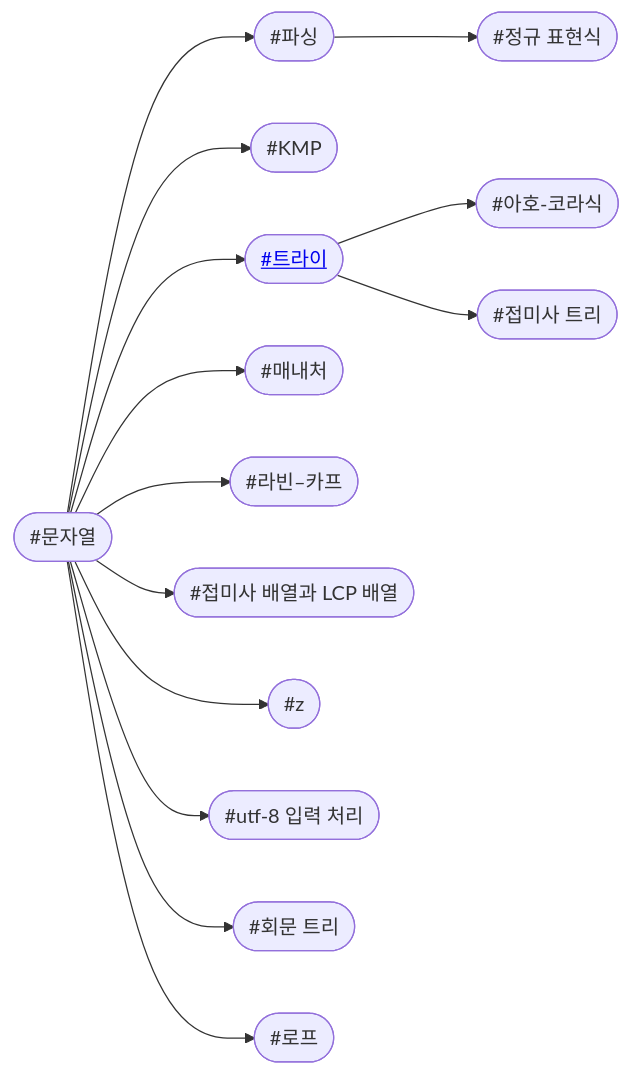
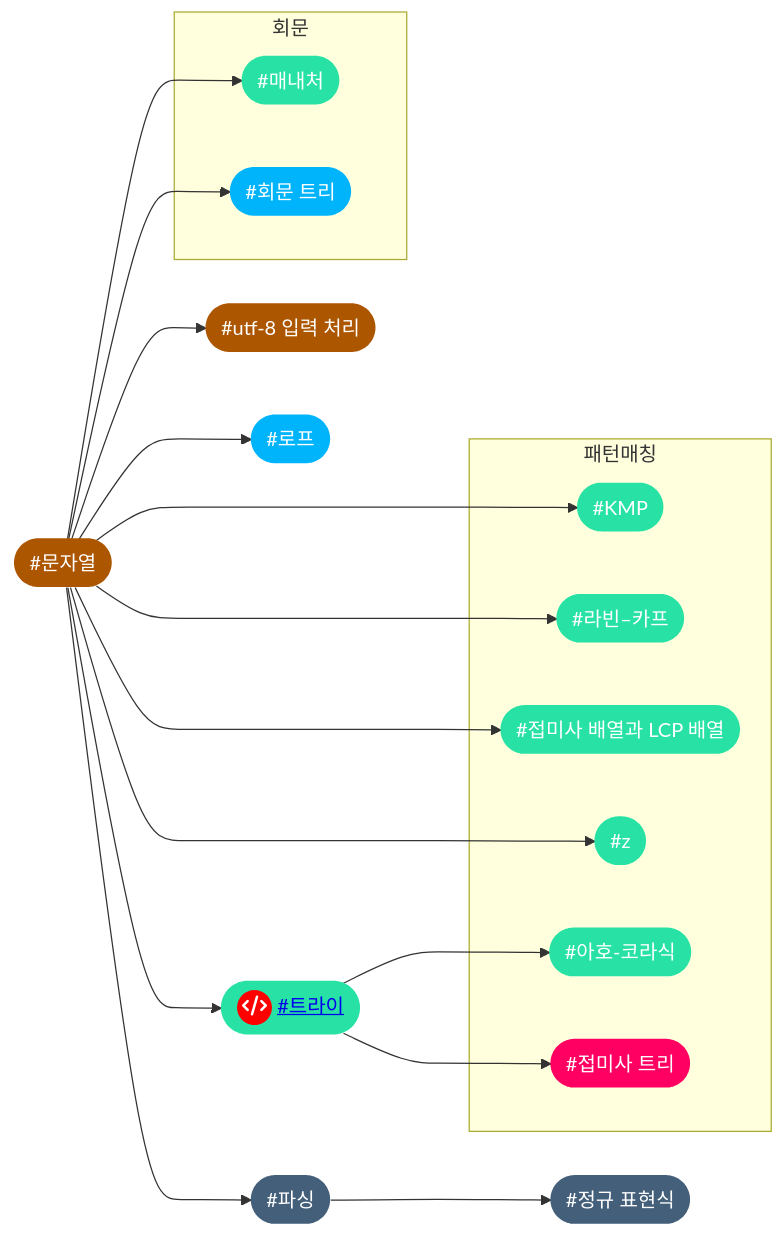
Before and after one commit to CHOYUNSIG/algorithm_with_boj: the sixth of 10 diagrams in index.md, drawn with Mermaid. The commit also changed other lines of this file and 2 other files, not shown here.

```diff
--- a/index.md
+++ b/index.md
@@ -264,32 +304,53 @@
 <pre class="mermaid">
     graph LR
 
+    #string --> #utf8
+    #string --> #manacher
+    #string --> #palindrome_tree
+    #string --> #rope
     #string --> #parsing
+    #string --> #trie
     #string --> #kmp
-    #string --> #trie
-    #string --> #manacher
     #string --> #rabin_karp
     #string --> #suffix_array
     #string --> #z
-    #string --> #utf8
-    #string --> #palindrome_tree
-    #string --> #rope
     #parsing --> #regex
     #trie --> #aho_corasick
     #trie --> #suffix_tree
 
-    #kmp(["#KMP"])
-    #utf8(["#utf-8 입력 처리"])
-    #z(["#z"])
-    #rabin_karp(["#라빈–카프"])
-    #rope(["#로프"])
-    #manacher(["#매내처"])
-    #string(["#문자열"])
-    #aho_corasick(["#아호-코라식"])
-    #suffix_array(["#접미사 배열과 LCP 배열"])
-    #suffix_tree(["#접미사 트리"])
-    #regex(["#정규 표현식"])
-    #trie(["<a href="post/2024/01/03/trie.html">#트라이</a>"])
-    #parsing(["#파싱"])
-    #palindrome_tree(["#회문 트리"])
+    subgraph 회문
+        #manacher
+        #palindrome_tree
+    end
+
+    subgraph 패턴매칭
+        #aho_corasick
+        #kmp
+        #rabin_karp
+        #suffix_array
+        #suffix_tree
+        #z
+    end
+
+    #kmp(["#KMP"]):::tier3
+    #utf8(["#utf-8 입력 처리"]):::tier0
+    #z(["#z"]):::tier3
+    #rabin_karp(["#라빈–카프"]):::tier3
+    #rope(["#로프"]):::tier4
+    #manacher(["#매내처"]):::tier3
+    #string(["#문자열"]):::tier0
+    #aho_corasick(["#아호-코라식"]):::tier3
+    #suffix_array(["#접미사 배열과 LCP 배열"]):::tier3
+    #suffix_tree(["#접미사 트리"]):::tier5
+    #regex(["#정규 표현식"]):::tier1
+    #trie(["<span style="background-color: red; border-radius: 50%; display:inline-block; width:28px; height:28px">fa:fa-code</span> <a href="post/2024/01/03/trie.html">#트라이</a>"]):::tier3
+    #parsing(["#파싱"]):::tier1
+    #palindrome_tree(["#회문 트리"]):::tier4
+
+    classDef tier0 fill:#ad5600, color:#fff, stroke:#0000
+    classDef tier1 fill:#435f7a, color:#fff, stroke:#0000
+    classDef tier2 fill:#ec9a00, color:#fff, stroke:#0000
+    classDef tier3 fill:#27e2a4, color:#fff, stroke:#0000
+    classDef tier4 fill:#00b4fc, color:#fff, stroke:#0000
+    classDef tier5 fill:#ff0062, color:#fff, stroke:#0000
 </pre>
```
